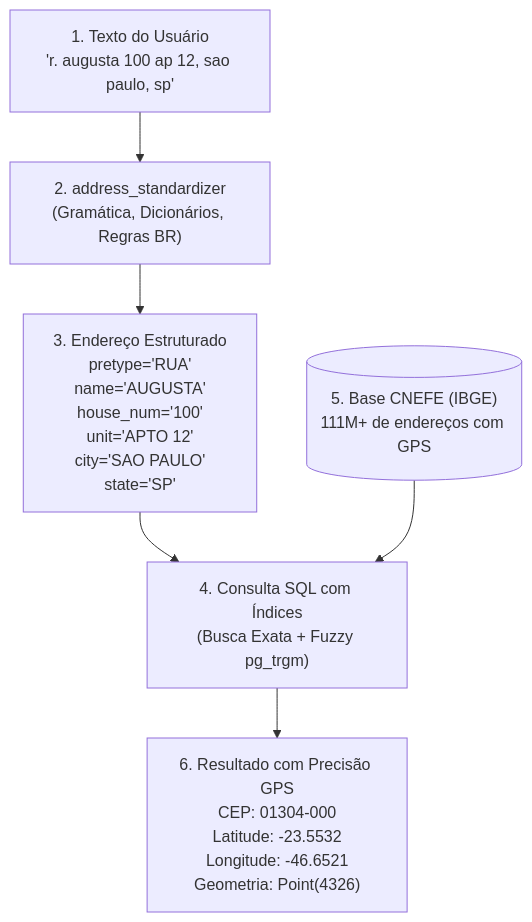
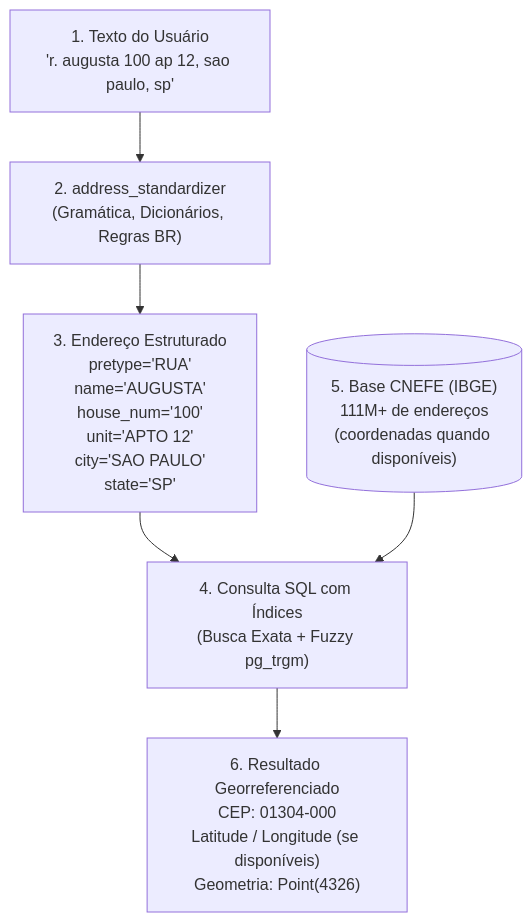
The diagram in docs/geocodificador_cnefe_brasil.md (postgis/address_standardizer), drawn with Mermaid before and after one commit. The commit also changed other lines of this file and 4 other files, not shown here.

````diff
--- a/docs/geocodificador_cnefe_brasil.md
+++ b/docs/geocodificador_cnefe_brasil.md
@@ -11,12 +11,12 @@
 ```mermaid
 flowchart TD
     Raw["1. Texto do Usuário\n'r. augusta 100 ap 12, sao paulo, sp'"] --> Parser["2. address_standardizer\n(Gramática, Dicionários, Regras BR)"]
     
     Parser --> Clean["3. Endereço Estruturado\npretype='RUA'\nname='AUGUSTA'\nhouse_num='100'\nunit='APTO 12'\ncity='SAO PAULO'\nstate='SP'"]
     
     Clean --> Search["4. Consulta SQL com Índices\n(Busca Exata + Fuzzy pg_trgm)"]
     
-    DB[("5. Base CNEFE (IBGE)\n111M+ de endereços com GPS")] --> Search
+    DB[("5. Base CNEFE (IBGE)\n111M+ de endereços\n(coordenadas quando disponíveis)")] --> Search
     
-    Search --> Result["6. Resultado com Precisão GPS\nCEP: 01304-000\nLatitude: -23.5532\nLongitude: -46.6521\nGeometria: Point(4326)"]
+    Search --> Result["6. Resultado Georreferenciado\nCEP: 01304-000\nLatitude / Longitude (se disponíveis)\nGeometria: Point(4326)"]
 ```
````
